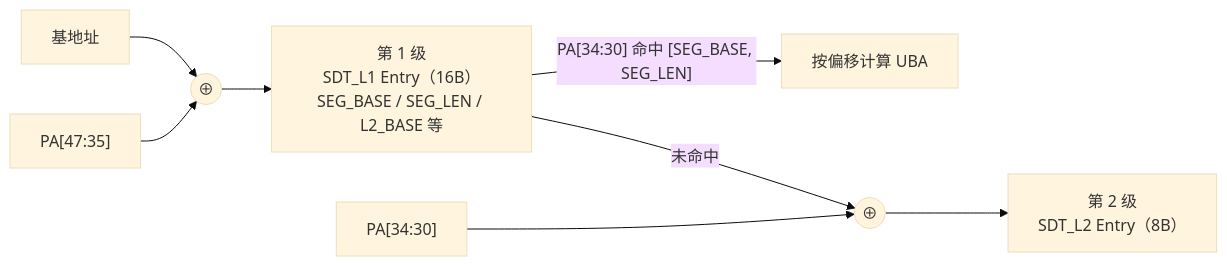
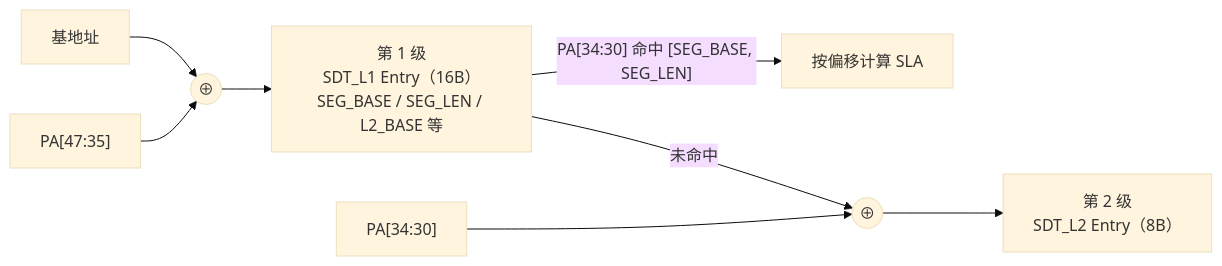
The fourth of 8 diagrams in doc/design_plan/内存池化SDecoder和SMMU部件设计方案2.6/内存池化SDecoder和SMMU部件设计方案v2.6.md (DuBirdFly/C1_SDecoder), drawn with Mermaid (base theme) before and after one commit. The commit also changed other lines of this file and 1 other file, not shown here.

First line of the commit message:
docs(design): UBA 术语改为 SLA 并将 v2.6 原始 docx 移入 backup

````diff
--- a/doc/design_plan/内存池化SDecoder和SMMU部件设计方案2.6/内存池化SDecoder和SMMU部件设计方案v2.6.md
+++ b/doc/design_plan/内存池化SDecoder和SMMU部件设计方案2.6/内存池化SDecoder和SMMU部件设计方案v2.6.md
@@ -156,10 +156,10 @@
 ```mermaid
 flowchart LR
     BASE["基地址"] --> XOR1(("⊕"))
     ADDR1["PA[47:35]"] --> XOR1
     XOR1 --> L1["第 1 级<br/>SDT_L1 Entry（16B）<br/>SEG_BASE / SEG_LEN / L2_BASE 等"]
-    L1 -->|"PA[34:30] 命中 [SEG_BASE, SEG_LEN]"| UBA["按偏移计算 UBA"]
+    L1 -->|"PA[34:30] 命中 [SEG_BASE, SEG_LEN]"| SLA["按偏移计算 SLA"]
     L1 -->|未命中| XOR2(("⊕"))
     ADDR2["PA[34:30]"] --> XOR2
     XOR2 --> L2["第 2 级<br/>SDT_L2 Entry（8B）"]
 ```
````
